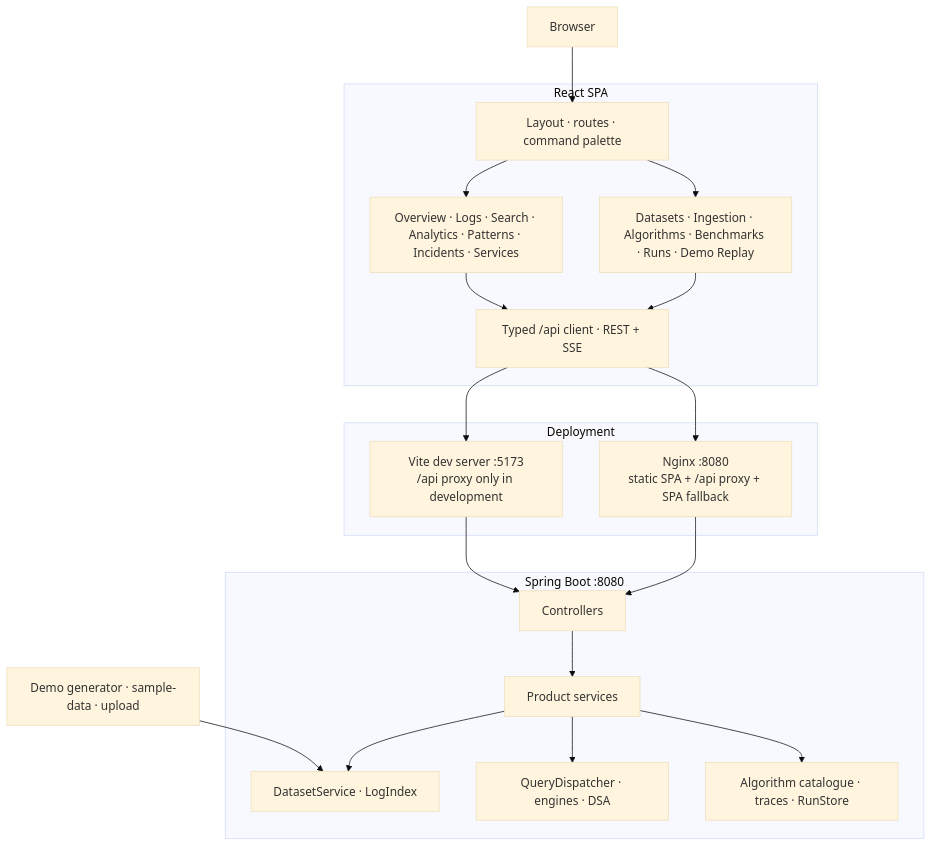
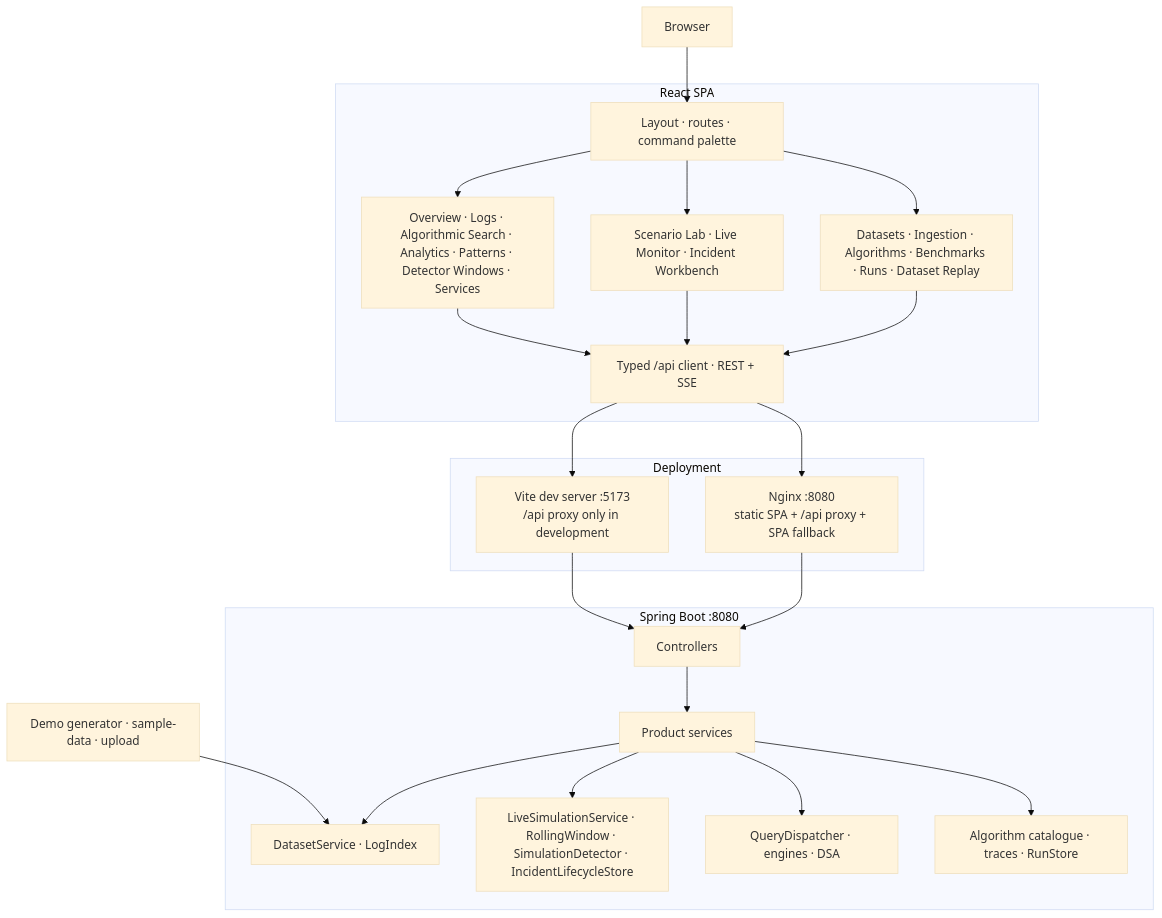
One commit to karkalashivareddy/KLH_CSE_2026-27_DSA-3_S3_T17_Loginsight-Analyzer changed the diagram in docs/ARCHITECTURE_DIAGRAM.md. Above: the diagram before and after it, drawn with Mermaid (base theme). The commit also changed other lines of this file and 21 other files, not shown here.

````diff
--- a/docs/ARCHITECTURE_DIAGRAM.md
+++ b/docs/ARCHITECTURE_DIAGRAM.md
@@ -5,39 +5,44 @@
 ```mermaid
 flowchart TB
     Browser[Browser]
     subgraph UI[React SPA]
         Shell[Layout · routes · command palette]
-        Pages[Overview · Logs · Search · Analytics · Patterns · Incidents · Services]
-        Lab[Datasets · Ingestion · Algorithms · Benchmarks · Runs · Demo Replay]
+        Pages[Overview · Logs · Algorithmic Search · Analytics · Patterns · Detector Windows · Services]
+        Sim[Scenario Lab · Live Monitor · Incident Workbench]
+        Lab[Datasets · Ingestion · Algorithms · Benchmarks · Runs · Dataset Replay]
         API[Typed /api client · REST + SSE]
     end
 
     subgraph Deploy[Deployment]
         Vite[Vite dev server :5173\n/api proxy only in development]
         Nginx[Nginx :8080\nstatic SPA + /api proxy + SPA fallback]
     end
 
     subgraph Backend[Spring Boot :8080]
         Controllers[Controllers]
         Services[Product services]
         Index[DatasetService · LogIndex]
+        Sim2[LiveSimulationService · RollingWindow · SimulationDetector · IncidentLifecycleStore]
         Engines[QueryDispatcher · engines · DSA]
         Catalog[Algorithm catalogue · traces · RunStore]
     end
 
     Samples[Demo generator · sample-data · upload]
     Browser --> Shell
     Shell --> Pages
+    Shell --> Sim
     Shell --> Lab
     Pages --> API
+    Sim --> API
     Lab --> API
     API --> Vite
     API --> Nginx
     Vite --> Controllers
     Nginx --> Controllers
     Samples --> Index
     Controllers --> Services
     Services --> Index
+    Services --> Sim2
     Services --> Engines
     Services --> Catalog
 ```
````
